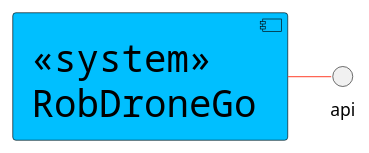
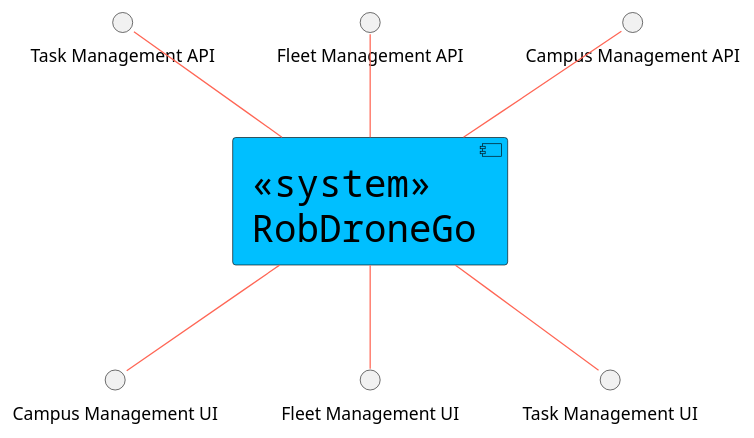
Before and after one commit to Departamento-de-Engenharia-Informatica/lapr5-23-24-g19: the diagram in docs/general-purpose/level1/logical-view.puml, drawn with PlantUML. The commit also changed 1 other file, not shown here.

```diff
--- a/docs/general-purpose/level1/logical-view.puml
+++ b/docs/general-purpose/level1/logical-view.puml
@@ -1,20 +1,24 @@
 @startuml
 
 skinparam component {
     FontSize 30
     BackgroundColor<<Apache>> LightCoral
     BorderColor<<Apache>> #FF6655
     FontName Courier
     BorderColor black
     BackgroundColor DeepSkyBlue
     ArrowFontName Impact
     ArrowColor #FF6655
     ArrowFontColor #777777
 }
 
-interface api
 component [<<system>>\nRobDroneGo] as comp
 
-comp - api
+comp -up- "Campus Management API"
+comp -down- "Campus Management UI"
+comp -up- "Fleet Management API"
+comp -down- "Fleet Management UI"
+comp -up- "Task Management API"
+comp -down- "Task Management UI"
 
 @enduml
```
